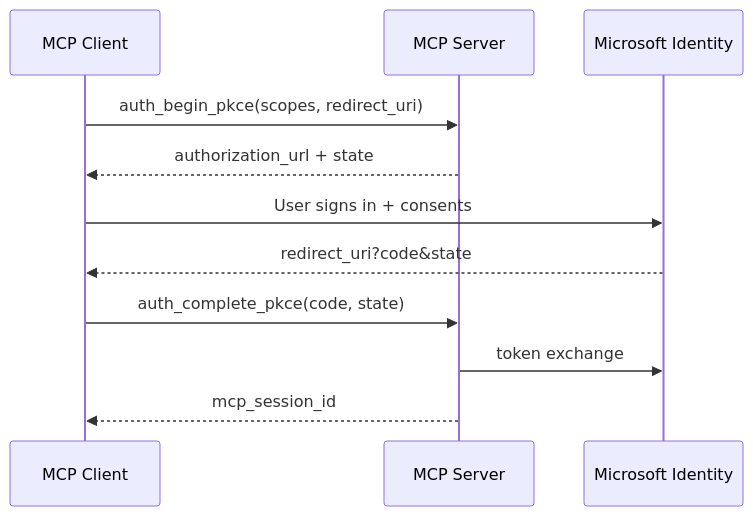
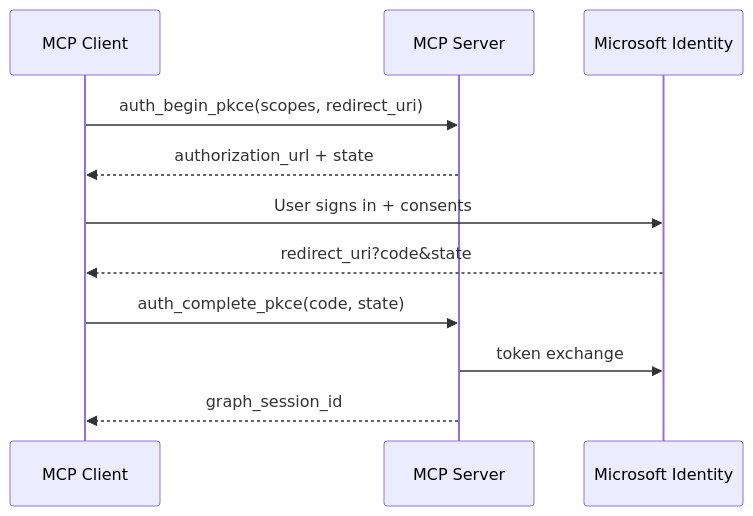
The second of 2 diagrams in design/architecture.md (suman724/msgraph-mcp), drawn with Mermaid before and after one commit. The commit also changed other lines of this file and 10 other files, not shown here.

Commit message:
changed mcp_session_id to graph_session_id to avoid name confusion with mcp-session-id header used by the protocol

````diff
--- a/design/architecture.md
+++ b/design/architecture.md
@@ -154,13 +154,13 @@
 ```mermaid
 sequenceDiagram
   participant Client as MCP Client
   participant Server as MCP Server
   participant IdP as Microsoft Identity
   Client->>Server: auth_begin_pkce(scopes, redirect_uri)
   Server-->>Client: authorization_url + state
   Client->>IdP: User signs in + consents
   IdP-->>Client: redirect_uri?code&state
   Client->>Server: auth_complete_pkce(code, state)
   Server->>IdP: token exchange
-  Server-->>Client: mcp_session_id
+  Server-->>Client: graph_session_id
 ```
````
